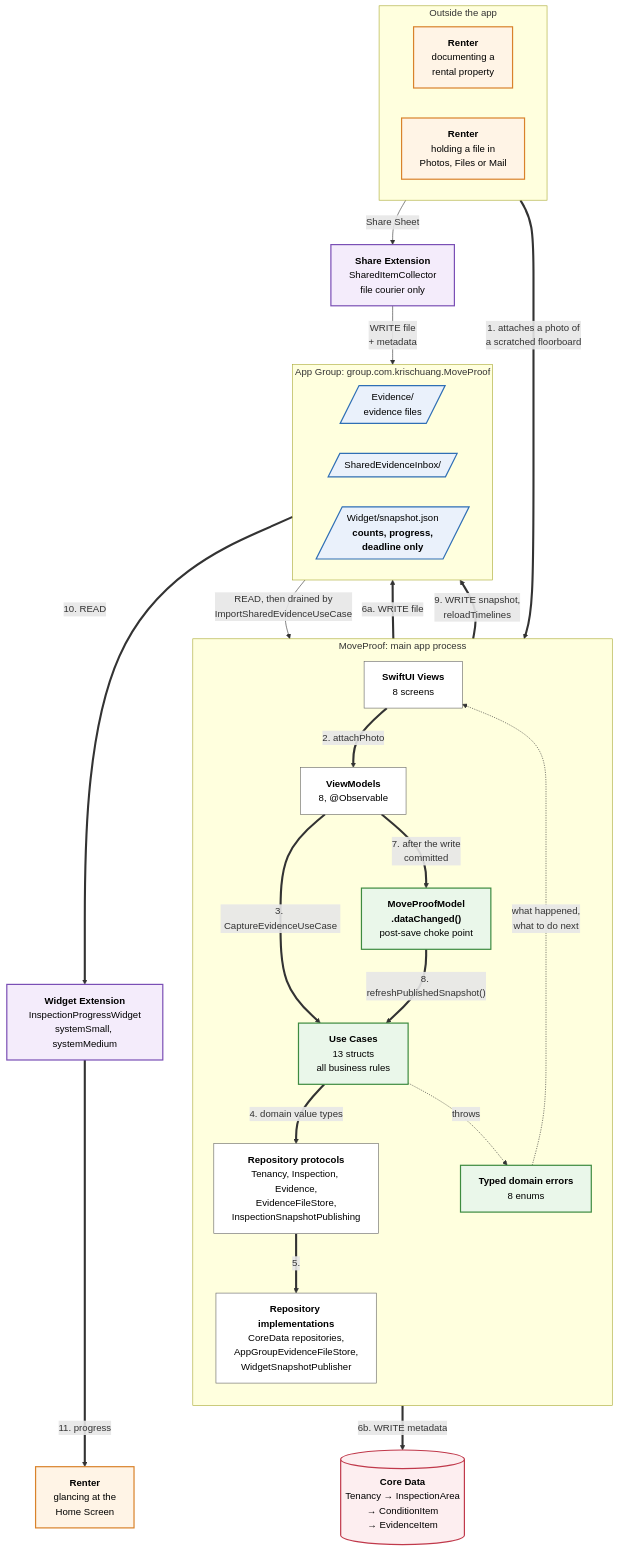
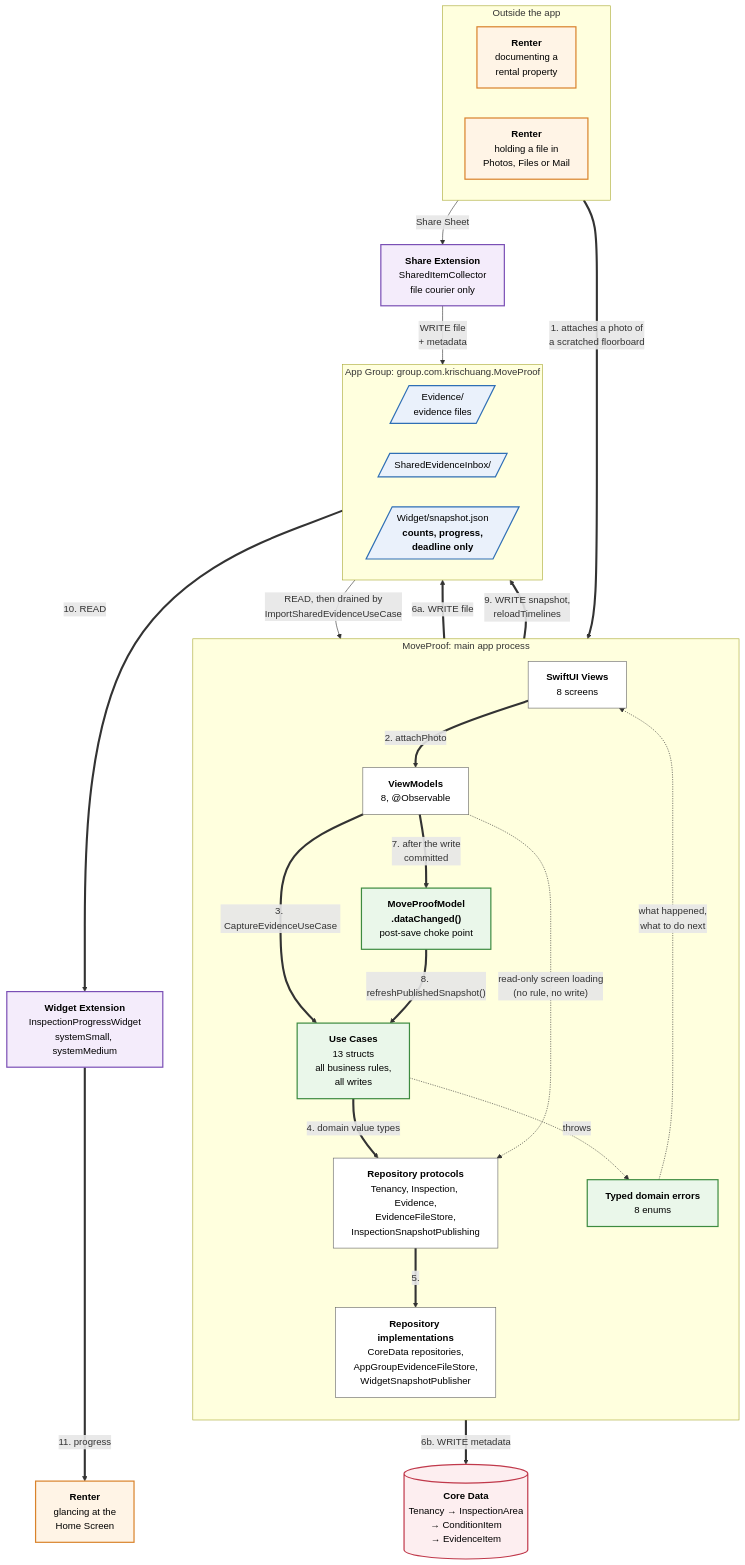
The diagram in docs/architecture.mmd (krischuang/MoveProof), drawn with Mermaid before and after one commit. The commit also changed 27 other files, not shown here.

```diff
--- a/docs/architecture.mmd
+++ b/docs/architecture.mmd
@@ -1,87 +1,95 @@
 %% MoveProof: platform-integrated architecture and primary evidence-capture flow
 %% .
 %% Render (high resolution, for the report):
 %%   npx -y @mermaid-js/mermaid-cli@11 -i docs/architecture.mmd \
 %%     -o docs/architecture.png -c docs/mermaid-config.json -b white -s 3
 %% or paste into https://mermaid.live
 %% .
 %% Reads top to bottom. The top row is outside the app, so the boundary between the
 %% renter and the system is explicit. Each downward arrow inside the main app is a
 %% layer the code may not skip, and the numbers follow one real workflow: the renter
 %% attaches a photograph to a condition item, and the Home Screen widget catches up
 %% with it. READ and WRITE are labelled on every arrow crossing into the App Group.
+%% .
+%% The dashed ViewModel to Repository arrow is the one shortcut the design allows, and
+%% it is drawn because the code takes it: loading a screen reads through the same
+%% repository protocols. Every write, and every business rule, still goes through a
+%% use case, and no view or view model touches Core Data either way.
 
 flowchart TB
 
     %% ---------- Human / system boundary ----------
     subgraph HUMAN["Outside the app"]
         direction LR
         T["<b>Renter</b><br/>documenting a<br/>rental property"]
         OTHER["<b>Renter</b><br/>holding a file in<br/>Photos, Files or Mail"]
     end
 
     %% ---------- Main app ----------
     subgraph APP["MoveProof: main app process"]
         direction TB
         V["<b>SwiftUI Views</b><br/>8 screens"]
         VM["<b>ViewModels</b><br/>8, @Observable"]
-        UC["<b>Use Cases</b><br/>13 structs<br/>all business rules"]
+        UC["<b>Use Cases</b><br/>13 structs<br/>all business rules,<br/>all writes"]
         MODEL["<b>MoveProofModel</b><br/><b>.dataChanged()</b><br/>post-save choke point"]
         ERR["<b>Typed domain errors</b><br/>8 enums"]
         REPO["<b>Repository protocols</b><br/>Tenancy, Inspection, Evidence,<br/>EvidenceFileStore,<br/>InspectionSnapshotPublishing"]
         IMPL["<b>Repository implementations</b><br/>CoreData repositories,<br/>AppGroupEvidenceFileStore,<br/>WidgetSnapshotPublisher"]
     end
 
     CD[("<b>Core Data</b><br/>Tenancy → InspectionArea<br/>→ ConditionItem<br/>→ EvidenceItem")]
 
     %% ---------- Shared container ----------
     subgraph GROUP["App Group: group.com.krischuang.MoveProof"]
         direction LR
         G_EV[/"Evidence/<br/>evidence files"/]
         G_IN[/"SharedEvidenceInbox/"/]
         G_WI[/"Widget/snapshot.json<br/><b>counts, progress,<br/>deadline only</b>"/]
     end
 
     %% ---------- The renter again, and the two extension processes ----------
     HS["<b>Renter</b><br/>glancing at the<br/>Home Screen"]
 
     SE["<b>Share Extension</b><br/>SharedItemCollector<br/>file courier only"]
     WP["<b>Widget Extension</b><br/>InspectionProgressWidget<br/>systemSmall, systemMedium"]
 
     %% ---------- Primary flow: the renter captures evidence ----------
     T ==>|"1. attaches a photo of<br/>a scratched floorboard"| V
     V ==>|"2. attachPhoto"| VM
     VM ==>|"3. CaptureEvidenceUseCase"| UC
     UC ==>|"4. domain value types"| REPO
     REPO ==>|"5."| IMPL
     IMPL ==>|"6a. WRITE file"| G_EV
     IMPL ==>|"6b. WRITE metadata"| CD
     VM ==>|"7. after the write<br/>committed"| MODEL
     MODEL ==>|"8. refreshPublishedSnapshot()"| UC
     IMPL ==>|"9. WRITE snapshot,<br/>reloadTimelines"| G_WI
     G_WI ==>|"10. READ"| WP
     WP ==>|"11. progress"| HS
 
     %% ---------- Secondary flow: a file arrives from another app ----------
     OTHER -->|"Share Sheet"| SE
     SE -->|"WRITE file<br/>+ metadata"| G_IN
     G_IN -->|"READ, then drained by<br/>ImportSharedEvidenceUseCase"| UC
 
+    %% ---------- Loading a screen: reads use the same protocols, no use case ----------
+    VM -. "read-only screen loading<br/>(no rule, no write)" .-> REPO
+
     %% ---------- Refusals return to the renter in domain language ----------
     UC -. "throws" .-> ERR
     ERR -. "what happened,<br/>what to do next" .-> V
 
     %% ---------- Styling ----------
     classDef human  fill:#fff4e6,stroke:#d9822b,stroke-width:2px,color:#000
     classDef domain fill:#eaf7ea,stroke:#3d8b40,stroke-width:2px,color:#000
     classDef shared fill:#eaf1fb,stroke:#2f6fb5,stroke-width:2px,color:#000
     classDef ext    fill:#f4ecfb,stroke:#7a4fb5,stroke-width:2px,color:#000
     classDef store  fill:#fdeef0,stroke:#c0394b,stroke-width:2px,color:#000
     classDef layer  fill:#ffffff,stroke:#666,color:#000
 
     class T,HS,OTHER human
     class UC,ERR,MODEL domain
     class G_EV,G_IN,G_WI shared
     class SE,WP ext
     class CD store
     class V,VM,REPO,IMPL layer
```
